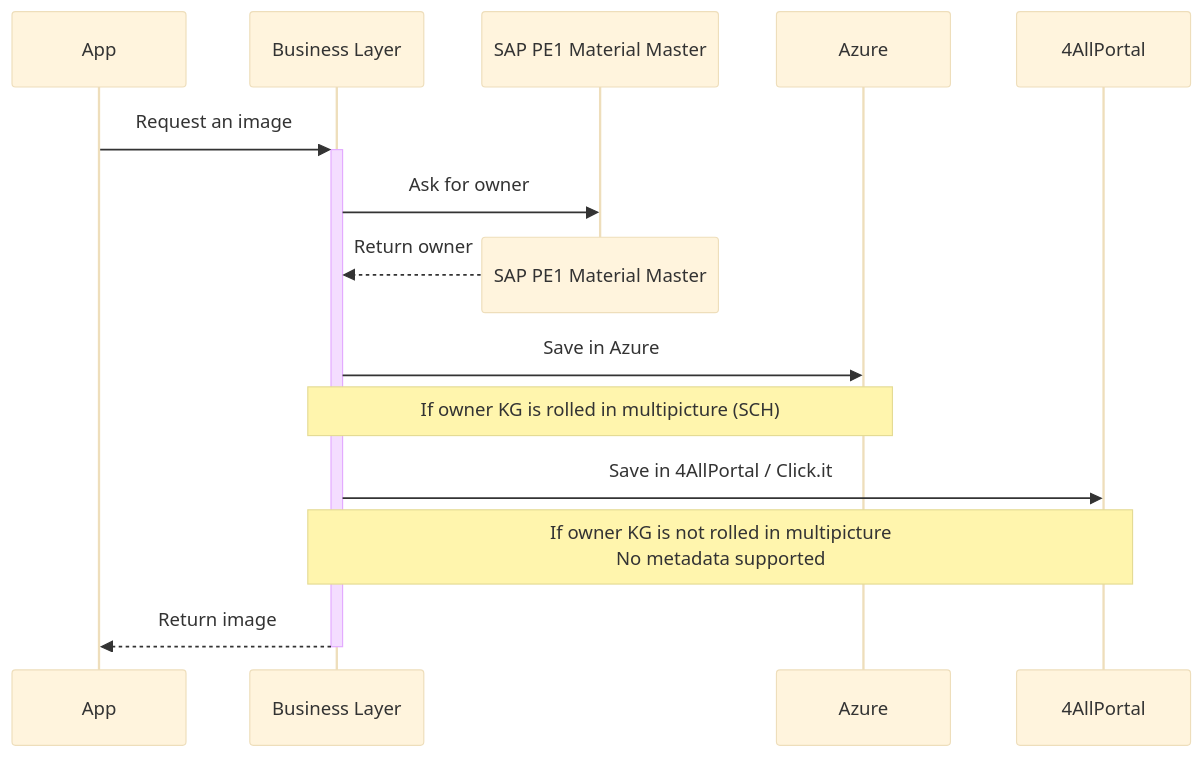
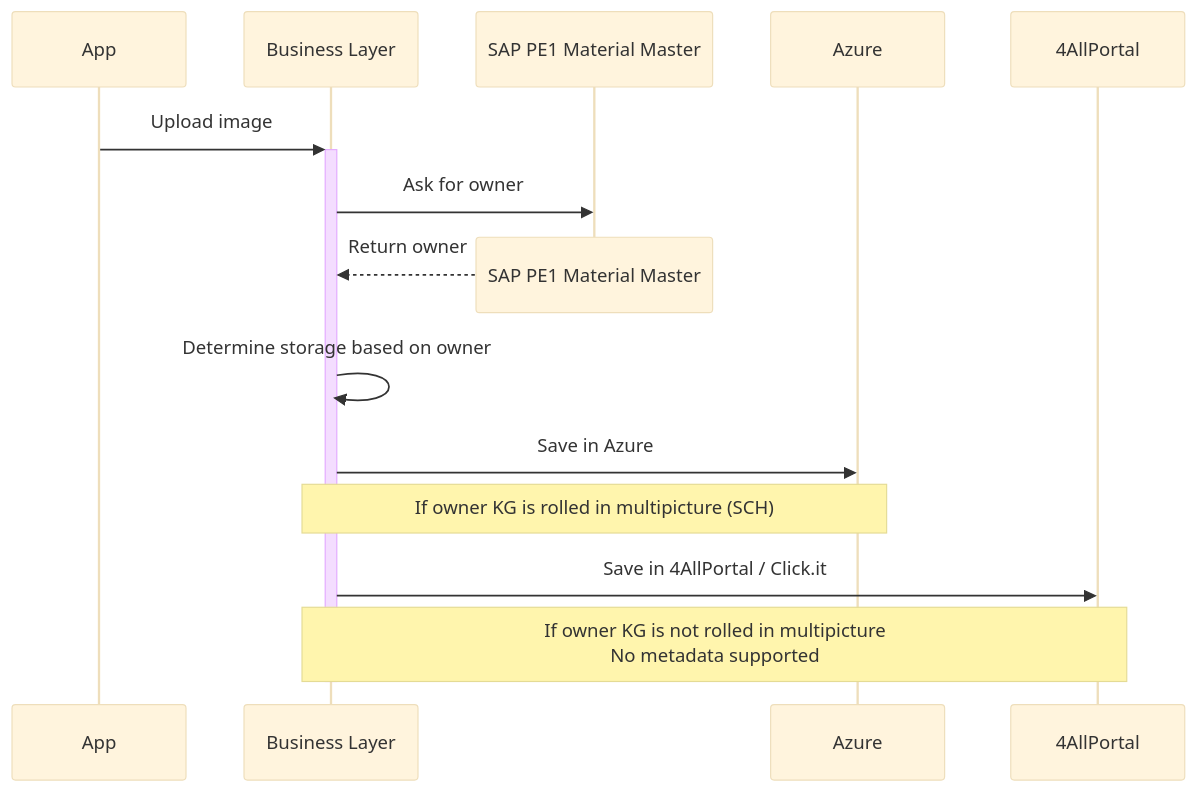
Before and after one commit to ainadur/-schindler-multipicture_docu: the fourth of 4 diagrams in docu/architecture.md, drawn with Mermaid (base theme). The commit also changed other lines of this file, not shown here.

Commit message:
fix sequence diagram on architectural overview

````diff
--- a/docu/architecture.md
+++ b/docu/architecture.md
@@ -185,19 +185,19 @@
 ```mermaid
 sequenceDiagram
   participant App
   participant BL as Business Layer
   participant SAP as SAP PE1 Material Master
   participant Azure
   participant DAM as 4AllPortal
 
-  App->>+BL: Request an image
-
+  App->>+BL: Upload image
   BL->>SAP: Ask for owner
   destroy SAP
   SAP-->>BL: Return owner
+  BL->>BL: Determine storage based on owner
   BL->>Azure: Save in Azure
   note over BL, Azure: If owner KG is rolled in multipicture (SCH)
   BL->>DAM: Save in 4AllPortal / Click.it
   note over BL, DAM: If owner KG is not rolled in multipicture<br>No metadata supported
-  BL-->>-App: Return image
+  deactivate BL
 ```
````
